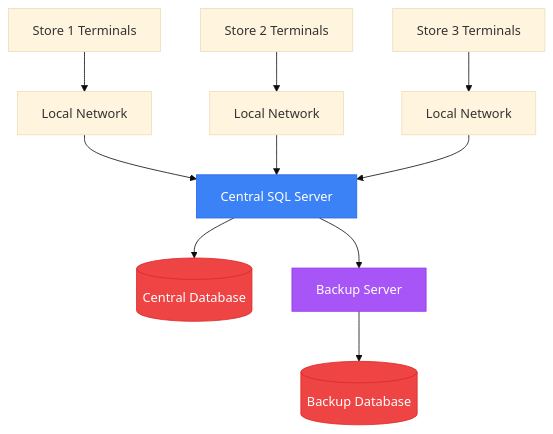
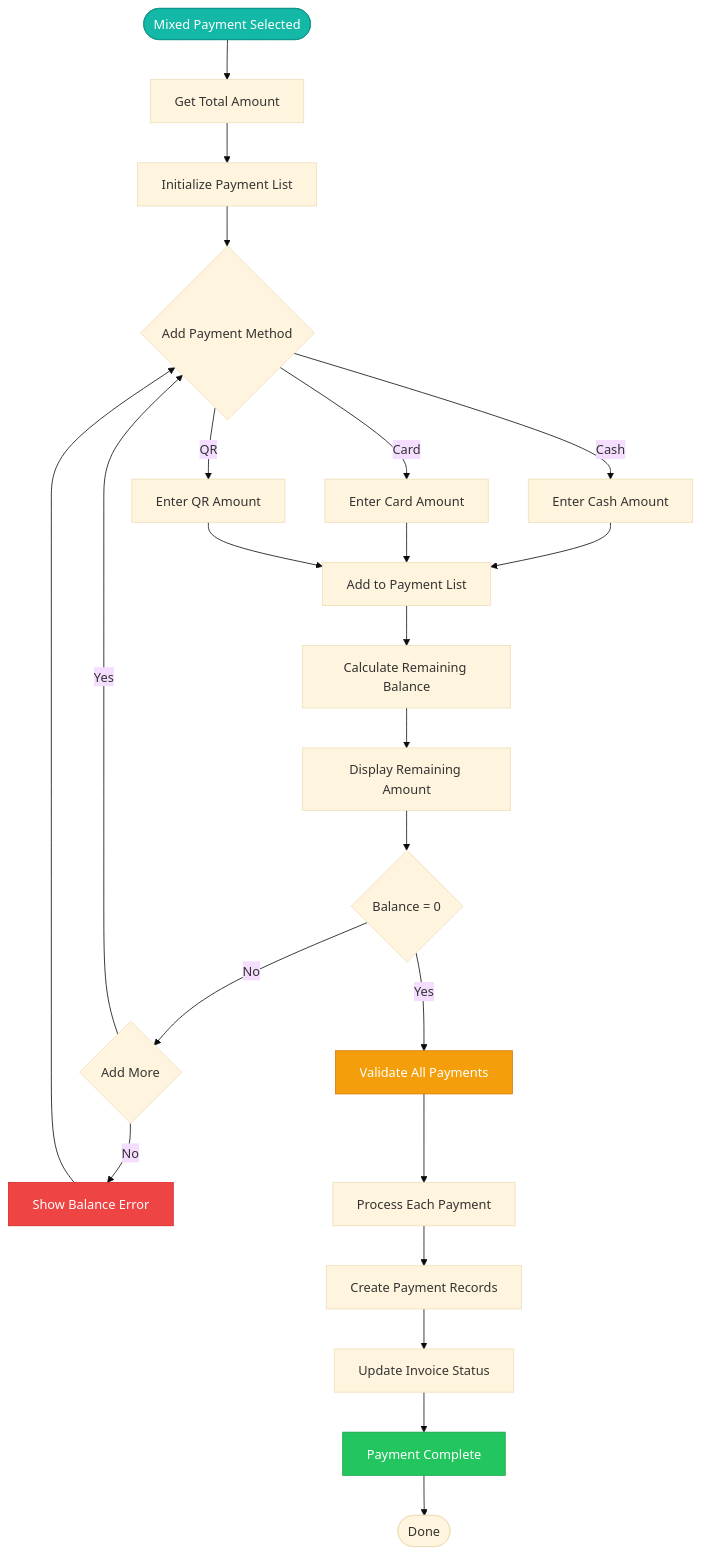
One commit to EIRSVi/Sync-Verse-Studio changed diagram 20 of 23 in README.md. Above: the diagram before and after it, drawn with Mermaid (base theme). The commit also changed other lines of this file and 12 other files, not shown here.

````diff
--- a/README.md
+++ b/README.md
@@ -2117,19 +1250,40 @@
 ```mermaid
-graph TD
-    A[Store 1 Terminals] --> B[Local Network]
-    C[Store 2 Terminals] --> D[Local Network]
-    E[Store 3 Terminals] --> F[Local Network]
+flowchart TD
+    Start([Mixed Payment Selected]) --> GetTotal[Get Total Amount]
+    GetTotal --> InitPayments[Initialize Payment List]
     
-    B --> G[Central SQL Server]
-    D --> G
-    F --> G
+    InitPayments --> AddPayment{Add Payment Method}
     
-    G --> H[(Central Database)]
-    G --> I[Backup Server]
-    I --> J[(Backup Database)]
+    AddPayment -->|Cash| CashAmount[Enter Cash Amount]
+    AddPayment -->|Card| CardAmount[Enter Card Amount]
+    AddPayment -->|QR| QRAmount[Enter QR Amount]
     
-    style G fill:#3B82F6,stroke:#2563EB,color:#fff
-    style H fill:#EF4444,stroke:#DC2626,color:#fff
-    style I fill:#A855F7,stroke:#9333EA,color:#fff
-    style J fill:#EF4444,stroke:#DC2626,color:#fff
+    CashAmount --> AddToList[Add to Payment List]
+    CardAmount --> AddToList
+    QRAmount --> AddToList
+    
+    AddToList --> CalcRemaining[Calculate Remaining Balance]
+    CalcRemaining --> ShowRemaining[Display Remaining Amount]
+    
+    ShowRemaining --> CheckBalance{Balance = 0}
+    
+    CheckBalance -->|No| MorePayments{Add More}
+    CheckBalance -->|Yes| ValidateAll[Validate All Payments]
+    
+    MorePayments -->|Yes| AddPayment
+    MorePayments -->|No| BalanceError[Show Balance Error]
+    
+    BalanceError --> AddPayment
+    
+    ValidateAll --> ProcessEach[Process Each Payment]
+    ProcessEach --> CreateRecords[Create Payment Records]
+    CreateRecords --> UpdateInvoice[Update Invoice Status]
+    UpdateInvoice --> Complete[Payment Complete]
+    
+    Complete --> End([Done])
+    
+    style Start fill:#14B8A6,stroke:#0D9488,color:#fff
+    style ValidateAll fill:#F59E0B,stroke:#D97706,color:#fff
+    style Complete fill:#22C55E,stroke:#16A34A,color:#fff
+    style BalanceError fill:#EF4444,stroke:#DC2626,color:#fff
 ```
````
